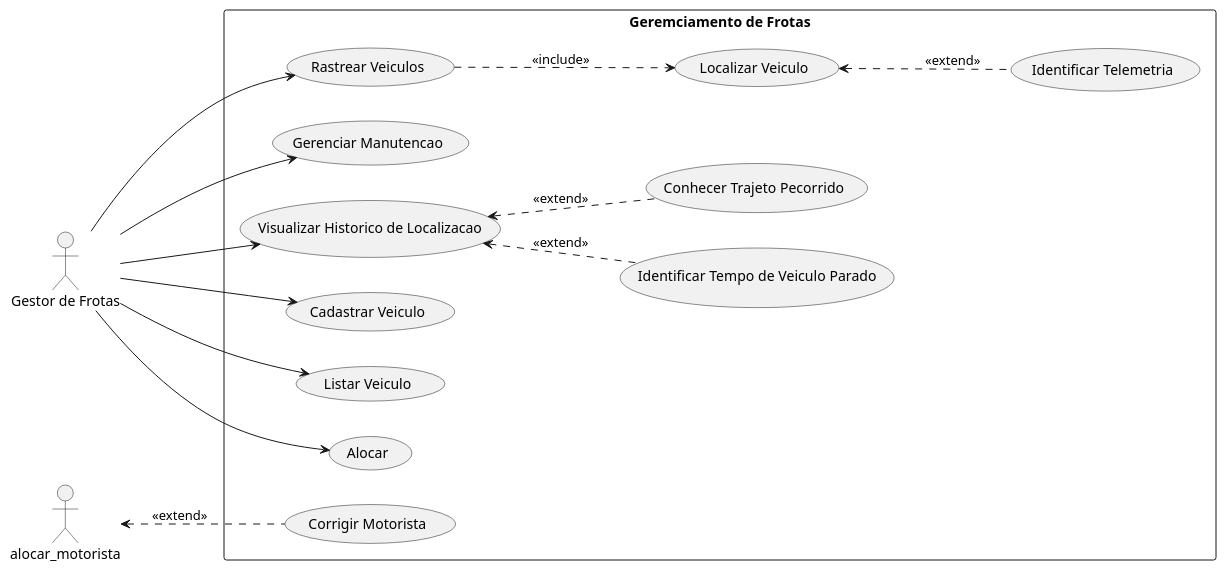
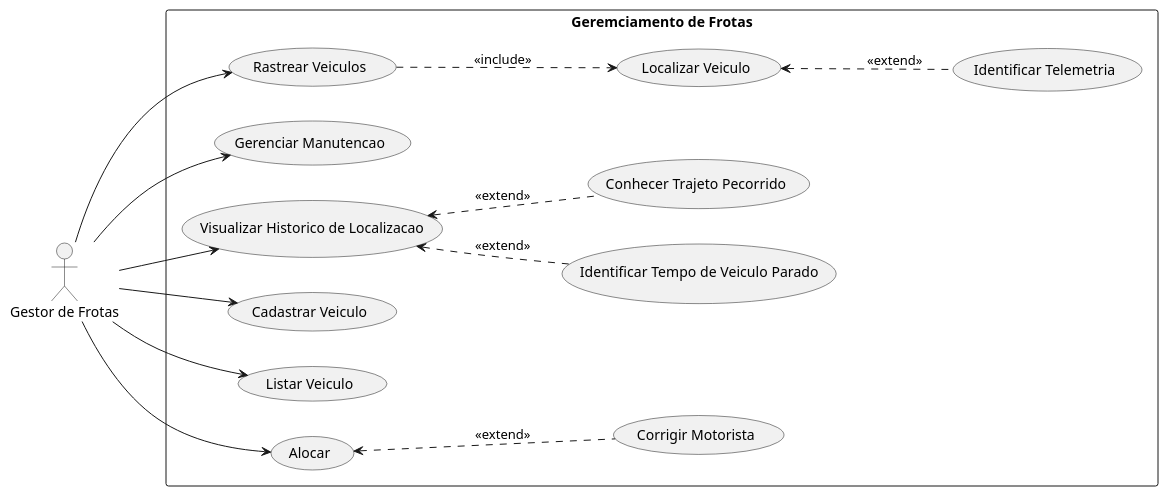
The diagram in Gerenciamento de Frotas/Diagrama de caso e uso.iuml (Pollyanadias/Sistema-de-Gerenciamento-de-Frotas), drawn with PlantUML before and after one commit.

Commit message:
Update Diagrama de caso e uso.iuml

```diff
--- a/Gerenciamento de Frotas/Diagrama de caso e uso.iuml
+++ b/Gerenciamento de Frotas/Diagrama de caso e uso.iuml
@@ -1,35 +1,35 @@
 @startuml "Diagrama de caso e uso"
 
 left to right direction
 
 :Gestor de Frotas: as gestor_de_frotas
 
 rectangle "Geremciamento de Frotas"{
     (Rastrear Veiculos) as rastrear_veiculos
     (Gerenciar Manutencao) as gerenciar_manutencao
     (Visualizar Historico de Localizacao) as visualizar_historico_de_localizacao
     (Localizar Veiculo) as localizar_veiculo
     (Identificar Telemetria) as identificar_telemetria
     (Identificar Tempo de Veiculo Parado) as identificar_tempo_de_veiculo_parado
     (Conhecer Trajeto Pecorrido) as conhecer_trajeto_pecorrido
     (Cadastrar Veiculo) as cadastrar_veiculo
     (Listar Veiculo) as listar_veiculo
     (Alocar) as alocar
     (Corrigir Motorista) as corrigir_motorista
 } 
 
 gestor_de_frotas --> rastrear_veiculos
 gestor_de_frotas --> gerenciar_manutencao
 gestor_de_frotas --> visualizar_historico_de_localizacao
 gestor_de_frotas --> alocar
 gestor_de_frotas --> cadastrar_veiculo
 gestor_de_frotas --> listar_veiculo
 
 visualizar_historico_de_localizacao <.. identificar_tempo_de_veiculo_parado: <<extend>>
 visualizar_historico_de_localizacao <.. conhecer_trajeto_pecorrido: <<extend>>
 rastrear_veiculos ..> localizar_veiculo: <<include>>
 localizar_veiculo <.. identificar_telemetria: <<extend>>
 
-alocar_motorista <.. corrigir_motorista: <<extend>>
+alocar <.. corrigir_motorista: <<extend>>
 
 @enduml
```
